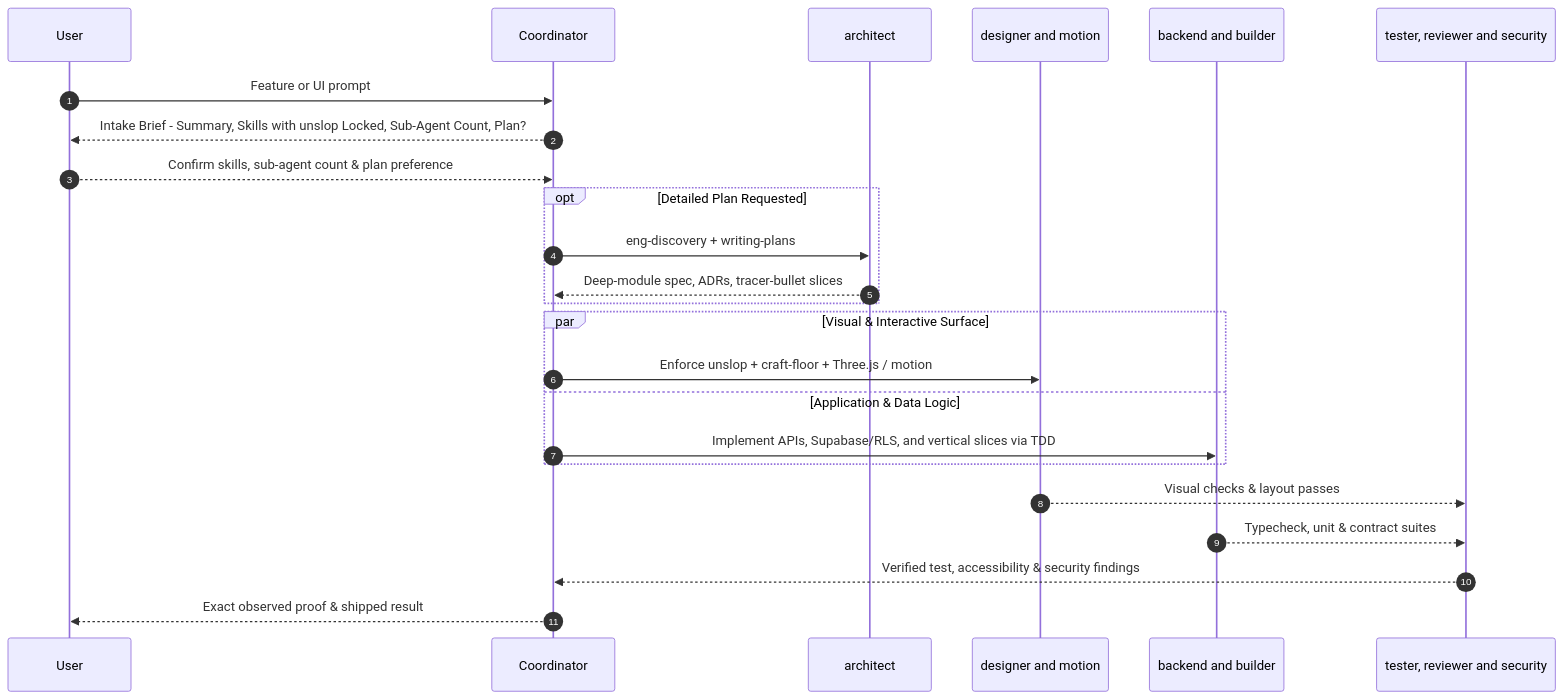
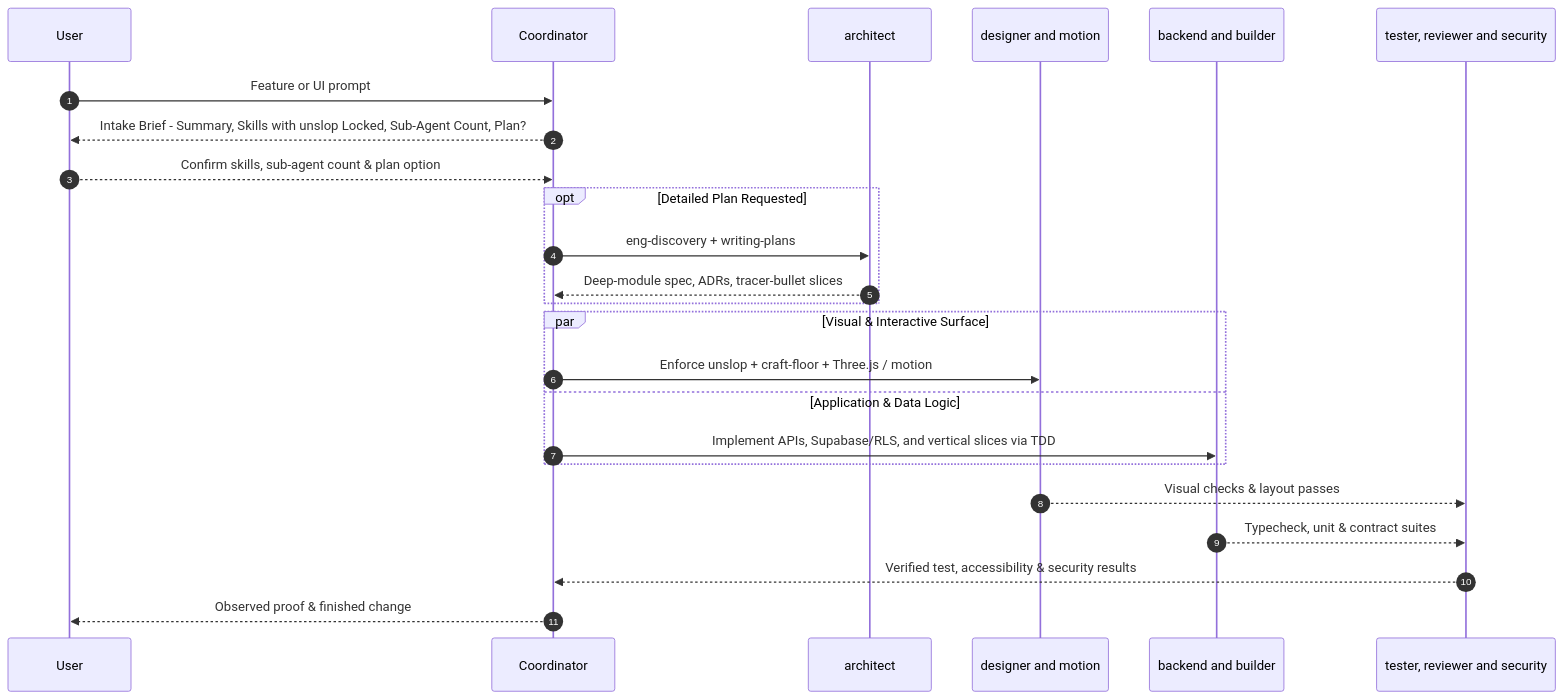
The second of 3 diagrams in README.md (itsjamiedev/Antigravity-Engineer), drawn with Mermaid before and after one commit. The commit also changed other lines of this file and 4 other files, not shown here.

````diff
--- a/README.md
+++ b/README.md
@@ -134,27 +126,27 @@
 ```mermaid
 sequenceDiagram
   autonumber
   participant U as User
   participant C as Coordinator
   participant A as architect
   participant D as designer and motion
   participant B as backend and builder
   participant T as tester, reviewer and security
 
   U->>C: Feature or UI prompt
   C-->>U: Intake Brief - Summary, Skills with unslop Locked, Sub-Agent Count, Plan?
-  U-->>C: Confirm skills, sub-agent count & plan preference
+  U-->>C: Confirm skills, sub-agent count & plan option
   opt Detailed Plan Requested
     C->>A: eng-discovery + writing-plans
     A-->>C: Deep-module spec, ADRs, tracer-bullet slices
   end
   par Visual & Interactive Surface
     C->>D: Enforce unslop + craft-floor + Three.js / motion
   and Application & Data Logic
     C->>B: Implement APIs, Supabase/RLS, and vertical slices via TDD
   end
   D-->>T: Visual checks & layout passes
   B-->>T: Typecheck, unit & contract suites
-  T-->>C: Verified test, accessibility & security findings
-  C-->>U: Exact observed proof & shipped result
+  T-->>C: Verified test, accessibility & security results
+  C-->>U: Observed proof & finished change
 ```
````
